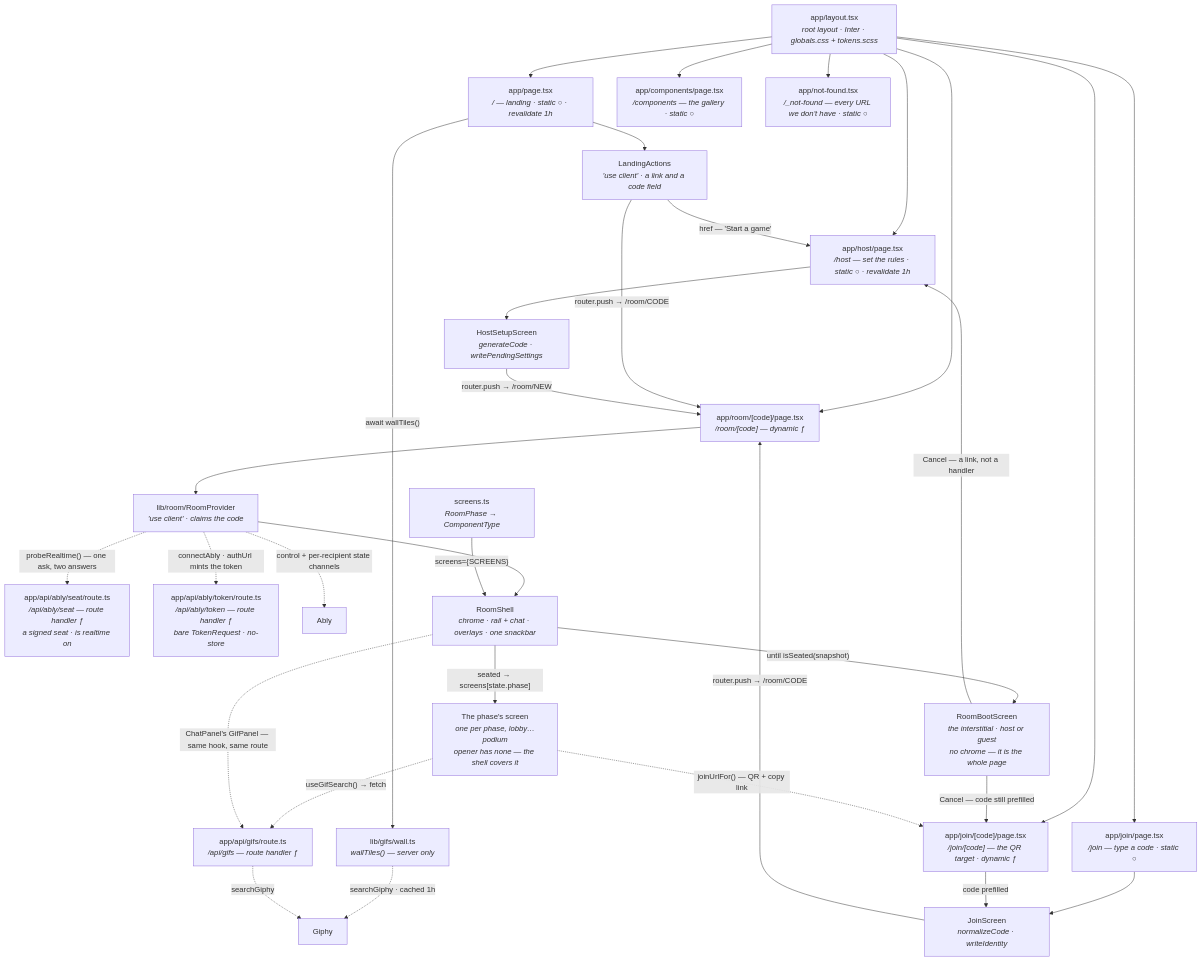
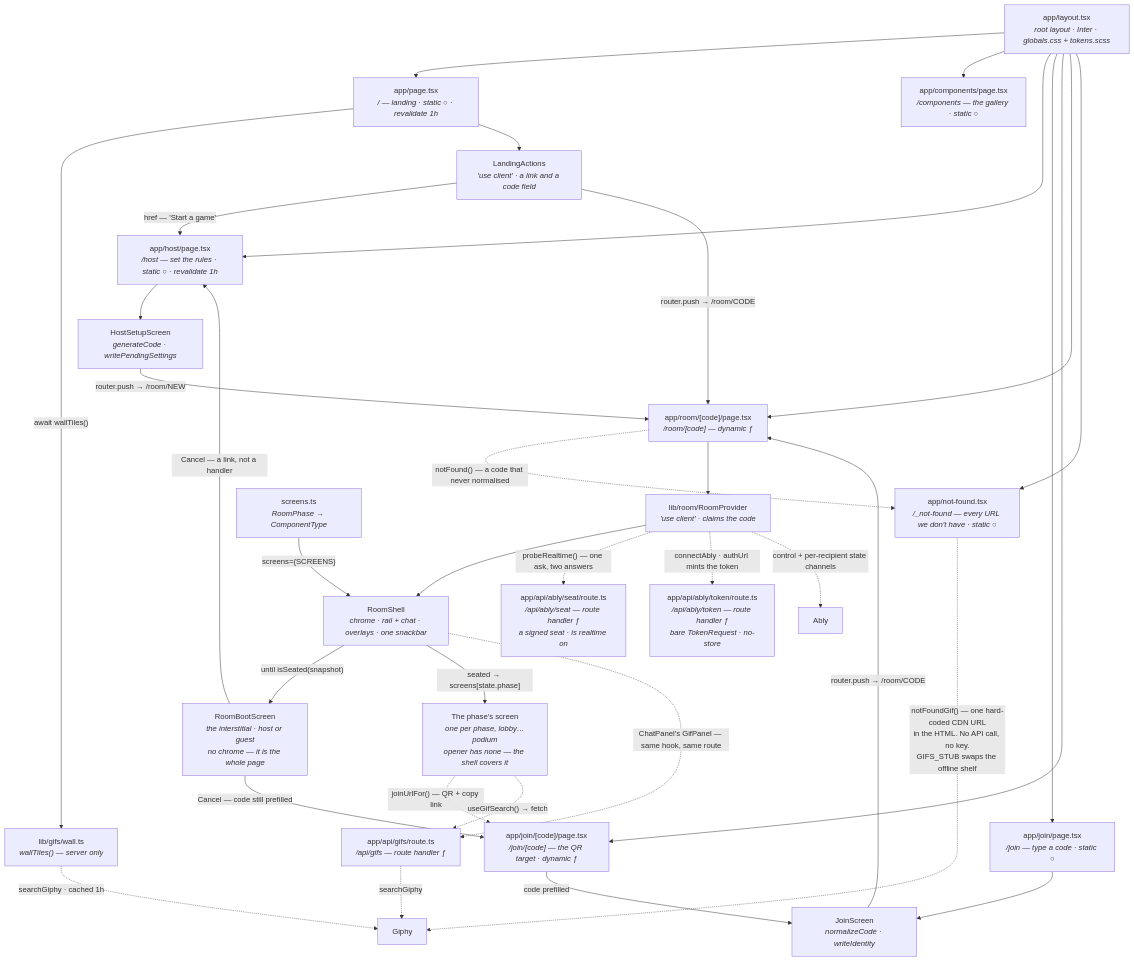
The first of 12 diagrams in docs/architecture.md (Jmeza081/captionist), drawn with Mermaid before and after one commit. The commit also changed other lines of this file and 4 other files, not shown here.

````diff
--- a/docs/architecture.md
+++ b/docs/architecture.md
@@ -311,56 +348,58 @@
 ```mermaid
 graph TD
   L["app/layout.tsx<br/><i>root layout · Inter · globals.css + tokens.scss</i>"]
   P["app/page.tsx<br/><i>/ — landing · static ○ · revalidate 1h</i>"]
   C["app/components/page.tsx<br/><i>/components — the gallery · static ○</i>"]
   H["app/host/page.tsx<br/><i>/host — set the rules · static ○ · revalidate 1h</i>"]
   J["app/join/page.tsx<br/><i>/join — type a code · static ○</i>"]
   JC["app/join/[code]/page.tsx<br/><i>/join/[code] — the QR target · dynamic ƒ</i>"]
   R["app/room/[code]/page.tsx<br/><i>/room/[code] — dynamic ƒ</i>"]
   A["app/api/gifs/route.ts<br/><i>/api/gifs — route handler ƒ</i>"]
   SE["app/api/ably/seat/route.ts<br/><i>/api/ably/seat — route handler ƒ<br/>a signed seat · is realtime on</i>"]
   TK["app/api/ably/token/route.ts<br/><i>/api/ably/token — route handler ƒ<br/>bare TokenRequest · no-store</i>"]
   AB["Ably"]
   NF["app/not-found.tsx<br/><i>/_not-found — every URL we don't have · static ○</i>"]
   W["lib/gifs/wall.ts<br/><i>wallTiles() — server only</i>"]
   GY["Giphy"]
   LA["LandingActions<br/><i>'use client' · a link and a code field</i>"]
   HS["HostSetupScreen<br/><i>generateCode · writePendingSettings</i>"]
   JS["JoinScreen<br/><i>normalizeCode · writeIdentity</i>"]
   RP["lib/room/RoomProvider<br/><i>'use client' · claims the code</i>"]
   SH["RoomShell<br/><i>chrome · rail + chat · overlays · one snackbar</i>"]
   BT["RoomBootScreen<br/><i>the interstitial · host or guest<br/>no chrome — it is the whole page</i>"]
   SC["screens.ts<br/><i>RoomPhase → ComponentType</i>"]
   SCR["The phase's screen<br/><i>one per phase, lobby…podium<br/>opener has none — the shell covers it</i>"]
 
   L --> P
   L --> C
   L --> H
   L --> J
   L --> JC
   L --> R
   L --> NF
+  R -.->|"notFound() — a code that never normalised"| NF
+  NF -.->|"notFoundGif() — one hard-coded CDN URL<br/>in the HTML. No API call, no key.<br/>GIFS_STUB swaps the offline shelf"| GY
   P -->|"await wallTiles()"| W
   W -.->|"searchGiphy · cached 1h"| GY
   P --> LA
   LA -->|"href — 'Start a game'"| H
   LA -->|"router.push → /room/CODE"| R
   H --> HS
   J --> JS
   JC -->|"code prefilled"| JS
   HS -->|"router.push → /room/NEW"| R
   JS -->|"router.push → /room/CODE"| R
   R --> RP --> SH
   RP -.->|"probeRealtime() — one ask, two answers"| SE
   RP -.->|"connectAbly · authUrl mints the token"| TK
   RP -.->|"control + per-recipient state channels"| AB
   SC -->|"screens={SCREENS}"| SH
   SH -->|"until isSeated(snapshot)"| BT
   BT -->|"Cancel — a link, not a handler"| H
   BT -->|"Cancel — code still prefilled"| JC
   SH -->|"seated → screens[state.phase]"| SCR
   SCR -.->|"joinUrlFor() — QR + copy link"| JC
   SCR -.->|"useGifSearch() → fetch"| A
   SH -.->|"ChatPanel's GifPanel — same hook, same route"| A
   A -.->|"searchGiphy"| GY
 ```
````
